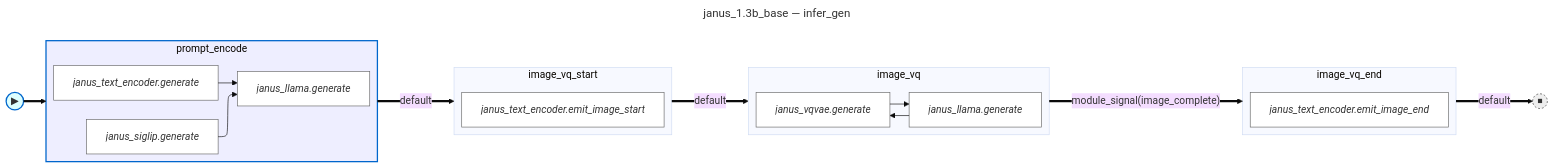
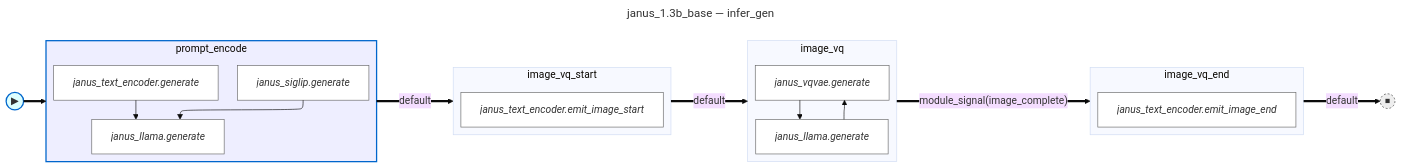
One commit to ByteDance-Seed/VeOmni changed the diagram in graphs/janus_1.3b_base/infer_gen.mmd. Above: the diagram before and after it, drawn with Mermaid (base theme). The commit also changed 71 other files, not shown here.

```diff
--- a/graphs/janus_1.3b_base/infer_gen.mmd
+++ b/graphs/janus_1.3b_base/infer_gen.mmd
@@ -1,39 +1,39 @@
 ---
 title: janus_1.3b_base — infer_gen
 ---
 %%{init: {'flowchart': {'defaultRenderer': 'elk'}}}%%
 flowchart LR
     fsm_start(("▶")):::fsm_start
     fsm_done(("⏹")):::fsm_terminal
     subgraph state_prompt_encode [prompt_encode]
-        direction LR
+        direction TB
         prompt_encode__janus_siglip_generate["<i>janus_siglip.generate</i>"]:::body_node
         prompt_encode__janus_llama_generate["<i>janus_llama.generate</i>"]:::body_node
         prompt_encode__janus_text_encoder_generate["<i>janus_text_encoder.generate</i>"]:::body_node
         prompt_encode__janus_siglip_generate --> prompt_encode__janus_llama_generate
         prompt_encode__janus_text_encoder_generate --> prompt_encode__janus_llama_generate
     end
     subgraph state_image_vq_start [image_vq_start]
-        direction LR
+        direction TB
         image_vq_start__janus_text_encoder_emit_image_start["<i>janus_text_encoder.emit_image_start</i>"]:::body_node
     end
     subgraph state_image_vq [image_vq]
-        direction LR
+        direction TB
         image_vq__janus_llama_generate["<i>janus_llama.generate</i>"]:::body_node
         image_vq__janus_vqvae_generate["<i>janus_vqvae.generate</i>"]:::body_node
         image_vq__janus_llama_generate --> image_vq__janus_vqvae_generate
         image_vq__janus_vqvae_generate --> image_vq__janus_llama_generate
     end
     subgraph state_image_vq_end [image_vq_end]
-        direction LR
+        direction TB
         image_vq_end__janus_text_encoder_emit_image_end["<i>janus_text_encoder.emit_image_end</i>"]:::body_node
     end
     fsm_start ==> state_prompt_encode
     state_prompt_encode ==>|"default"| state_image_vq_start
     state_image_vq_start ==>|"default"| state_image_vq
     state_image_vq ==>|"module_signal(image_complete)"| state_image_vq_end
     state_image_vq_end ==>|"default"| fsm_done
     classDef body_node fill:#fff,stroke:#666
     classDef fsm_start fill:#dff,stroke:#06c,stroke-width:2px
     classDef fsm_terminal fill:#eee,stroke:#333,stroke-width:1px,stroke-dasharray:3 3
     style state_prompt_encode fill:#eef,stroke:#06c,stroke-width:2px
```
